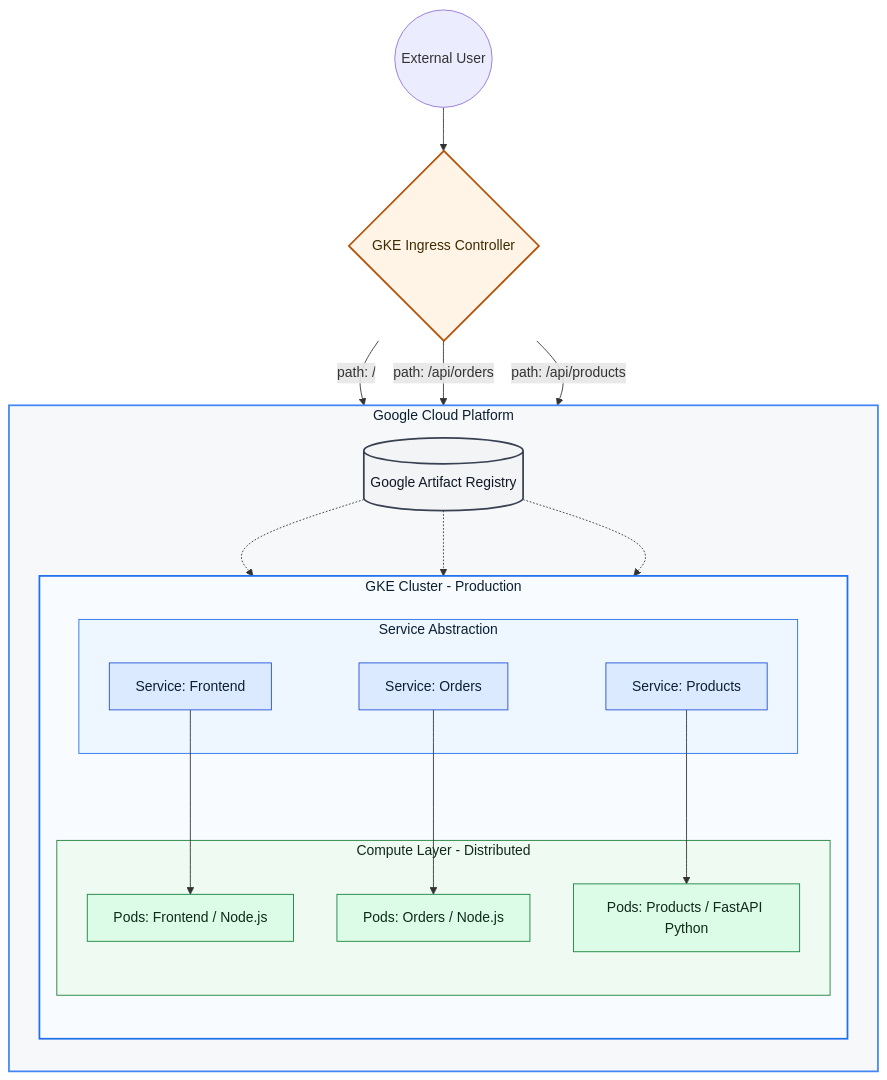
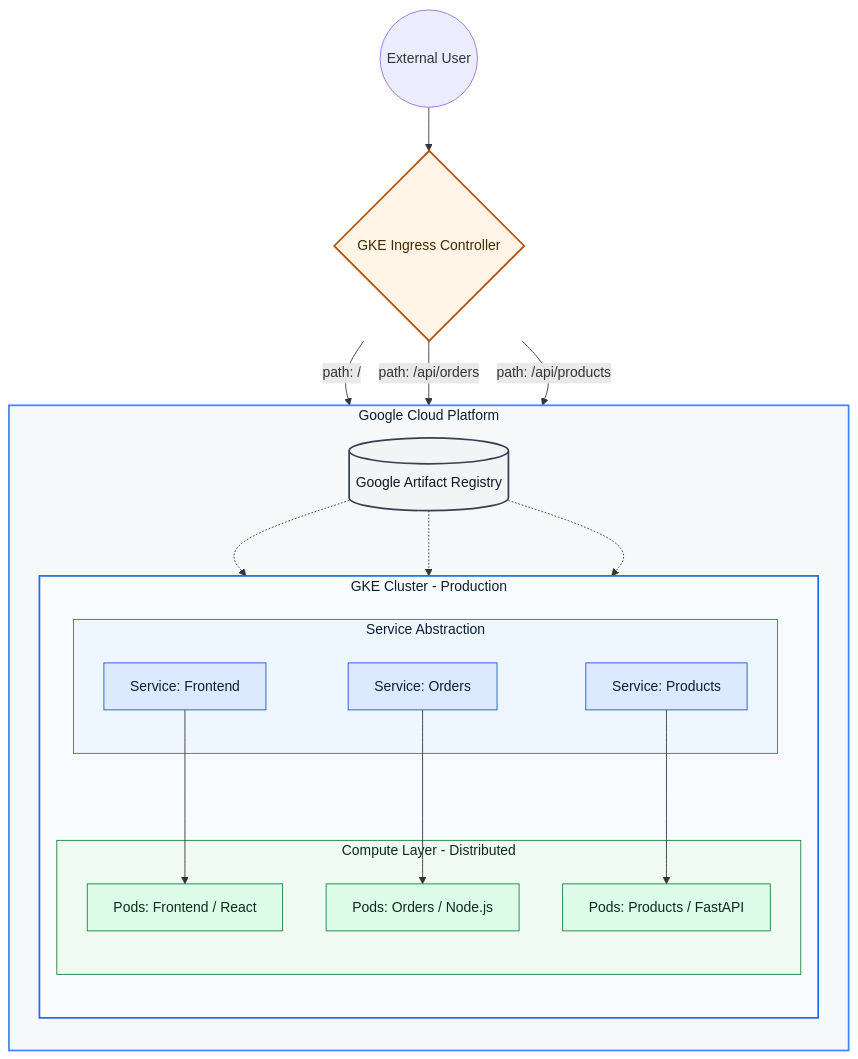
One commit to razackou/gke-strangler-fig-architecture changed the third of 5 diagrams in README.md. Above: the diagram before and after it, drawn with Mermaid. The commit also changed other lines of this file and 3 other files, not shown here.

````diff
--- a/README.md
+++ b/README.md
@@ -204,57 +205,57 @@
 ```mermaid
 graph TB
     User((External User)) --> Ingress{GKE Ingress Controller}
 
     subgraph GCP_Cloud [Google Cloud Platform]
         direction TB
 
         subgraph GKE_Cluster [GKE Cluster - Production]
             direction TB
 
             subgraph Services_Layer [Service Abstraction]
                 SVC_Front[Service: Frontend]
                 SVC_Orders[Service: Orders]
                 SVC_Products[Service: Products]
             end
 
             subgraph Pods_Layer [Compute Layer - Distributed]
-                Pod_Front[Pods: Frontend / Node.js]
+                Pod_Front[Pods: Frontend / React]
                 Pod_Orders[Pods: Orders / Node.js]
-                Pod_Products[Pods: Products / FastAPI Python]
+                Pod_Products[Pods: Products / FastAPI]
             end
 
         end
 
         Registry[(Google Artifact Registry)]
     end
 
     %% Routing Logic
     Ingress -- "path: /" --> SVC_Front
     Ingress -- "path: /api/orders" --> SVC_Orders
     Ingress -- "path: /api/products" --> SVC_Products
 
     %% Service to Pod Mapping
     SVC_Front --> Pod_Front
     SVC_Orders --> Pod_Orders
     SVC_Products --> Pod_Products
 
     %% Image Pulls
     Registry -.-> Pod_Front
     Registry -.-> Pod_Orders
     Registry -.-> Pod_Products
 
     %% Styling (high-contrast for readability)
     style GCP_Cloud fill:#f7f8fa,stroke:#4285f4,stroke-width:2px,color:#0b1f33
     style GKE_Cluster fill:#f8fbff,stroke:#1f6feb,stroke-width:2px,color:#0b1f33
     style Services_Layer fill:#eef6ff,stroke:#1f6feb,stroke-width:1px,color:#0b1f33
     style Pods_Layer fill:#eefaf2,stroke:#1a7f37,stroke-width:1px,color:#0f2a1a
     style Ingress fill:#fff4e5,stroke:#b45309,stroke-width:2px,color:#3f2a00
     style Registry fill:#f3f4f6,stroke:#374151,stroke-width:2px,color:#111827
 
     style SVC_Front fill:#dbeafe,stroke:#1d4ed8,stroke-width:1px,color:#0b1f33
     style SVC_Orders fill:#dbeafe,stroke:#1d4ed8,stroke-width:1px,color:#0b1f33
     style SVC_Products fill:#dbeafe,stroke:#1d4ed8,stroke-width:1px,color:#0b1f33
     style Pod_Front fill:#dcfce7,stroke:#15803d,stroke-width:1px,color:#0f2a1a
     style Pod_Orders fill:#dcfce7,stroke:#15803d,stroke-width:1px,color:#0f2a1a
     style Pod_Products fill:#dcfce7,stroke:#15803d,stroke-width:1px,color:#0f2a1a
 ```
````
